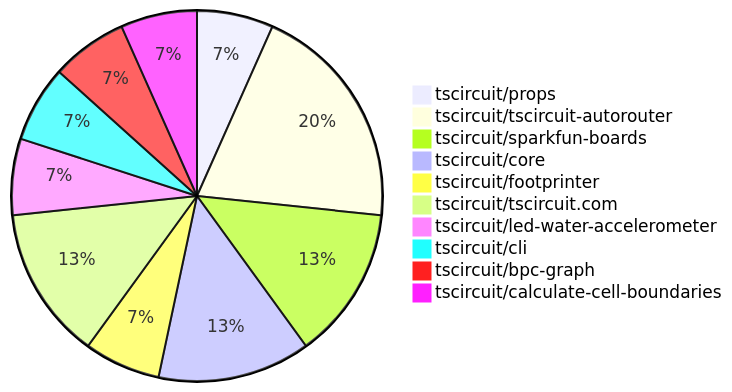
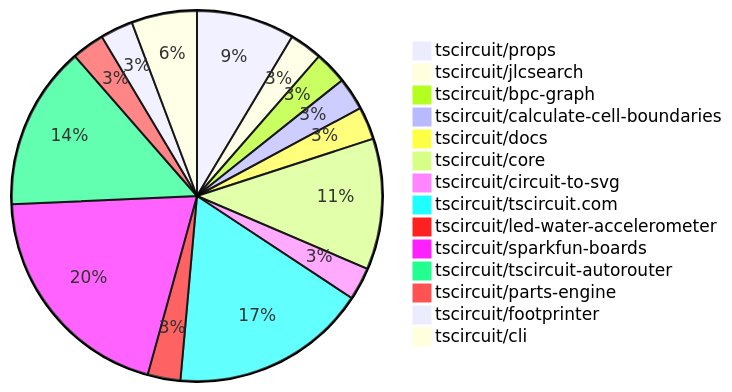
One commit to tscircuit/contribution-tracker changed the diagram in contribution-overviews/2025-06-25.md. Above: the diagram before and after it, drawn with Mermaid. The commit also changed other lines of this file and 3 other files, not shown here.

````diff
--- a/contribution-overviews/2025-06-25.md
+++ b/contribution-overviews/2025-06-25.md
@@ -5,13 +5,17 @@
 ```mermaid
 pie
-    "tscircuit/props" : 1
-    "tscircuit/tscircuit-autorouter" : 3
-    "tscircuit/sparkfun-boards" : 2
-    "tscircuit/core" : 2
-    "tscircuit/footprinter" : 1
-    "tscircuit/tscircuit.com" : 2
-    "tscircuit/led-water-accelerometer" : 1
-    "tscircuit/cli" : 1
+    "tscircuit/props" : 3
+    "tscircuit/jlcsearch" : 1
     "tscircuit/bpc-graph" : 1
     "tscircuit/calculate-cell-boundaries" : 1
+    "tscircuit/docs" : 1
+    "tscircuit/core" : 4
+    "tscircuit/circuit-to-svg" : 1
+    "tscircuit/tscircuit.com" : 6
+    "tscircuit/led-water-accelerometer" : 1
+    "tscircuit/sparkfun-boards" : 7
+    "tscircuit/tscircuit-autorouter" : 5
+    "tscircuit/parts-engine" : 1
+    "tscircuit/footprinter" : 1
+    "tscircuit/cli" : 2
 ```
````
